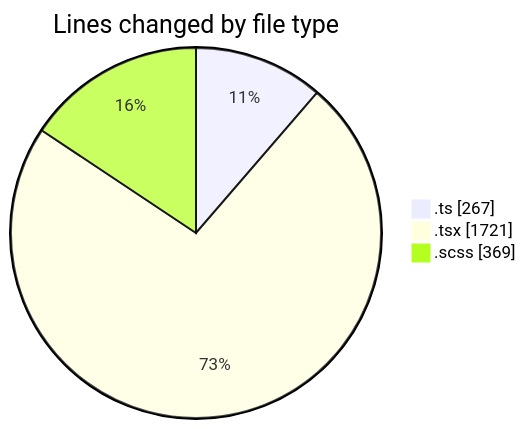
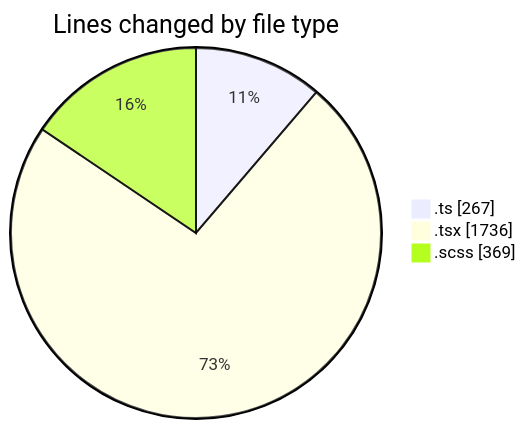
The first of 2 diagrams in 2025-05-01/cda/README.md (momahboobian/code-tracking), drawn with Mermaid before and after one commit. The commit also changed other lines of this file and 1 other file, not shown here.

````diff
--- a/2025-05-01/cda/README.md
+++ b/2025-05-01/cda/README.md
@@ -33,7 +33,7 @@
 ```mermaid
 pie showData
 title Lines changed by file type
 ".ts" : 267
-".tsx" : 1721
+".tsx" : 1736
 ".scss" : 369
 ```
````
